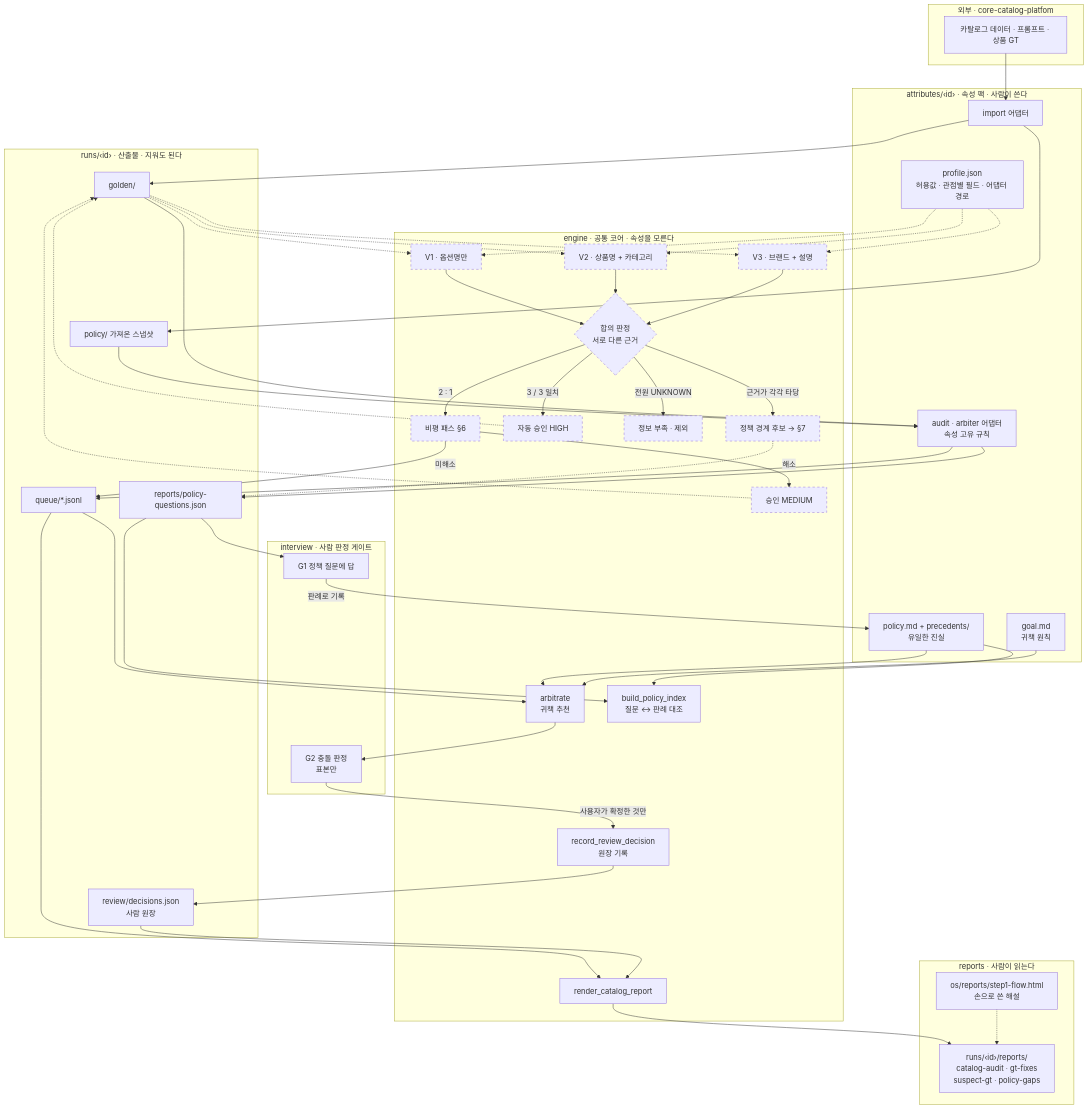
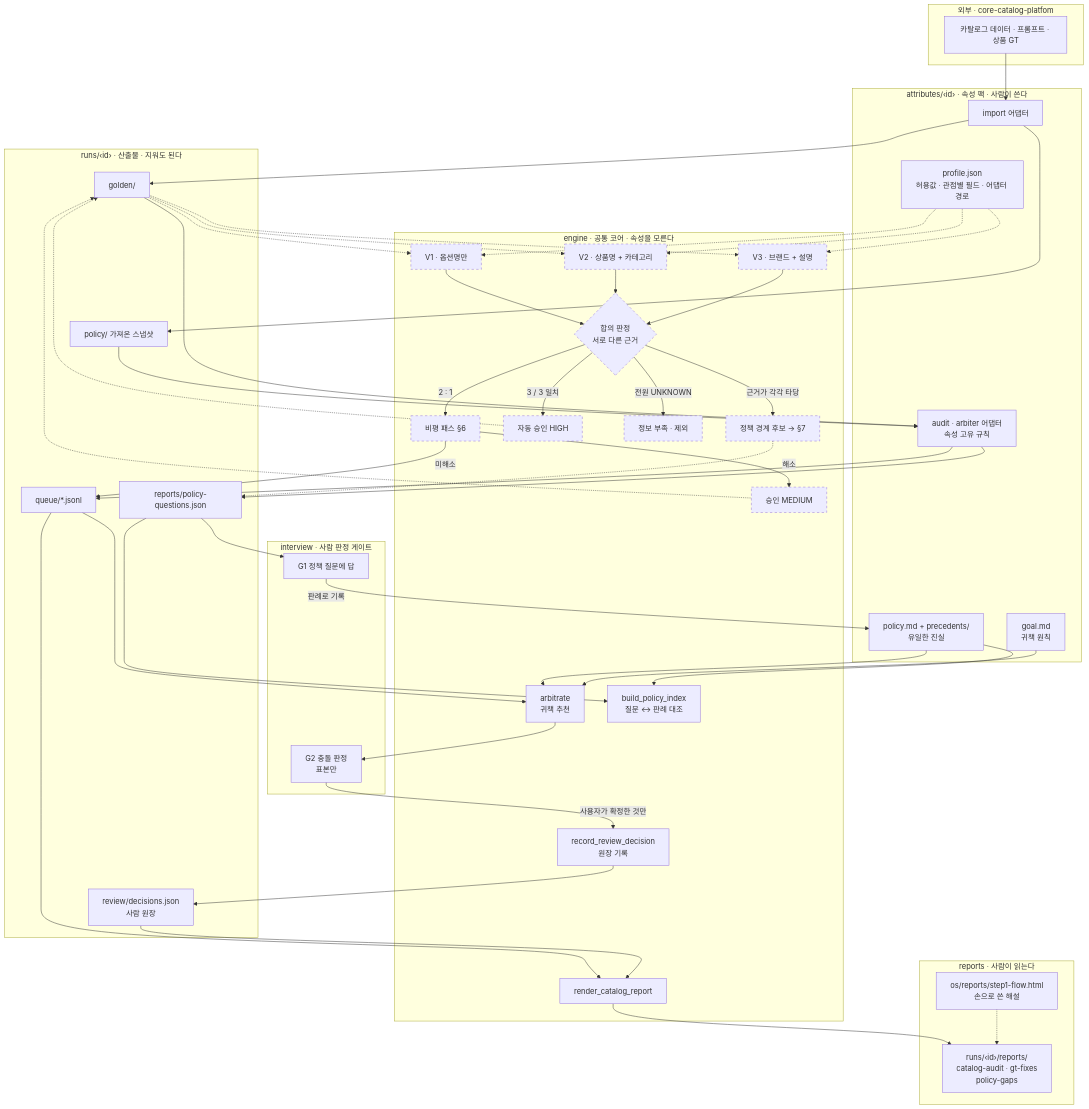
The second of 8 diagrams in .claude/os/DESIGN.md (mj950425/my-claude-code-os), drawn with Mermaid before and after one commit. The commit also changed other lines of this file and 87 other files, not shown here.

```diff
--- a/.claude/os/DESIGN.md
+++ b/.claude/os/DESIGN.md
@@ -162,7 +162,7 @@
     end
 
     subgraph REP["reports · 사람이 읽는다"]
-        HTML["runs/‹id›/reports/<br/>catalog-audit · gt-fixes<br/>suspect-gt · policy-gaps"]
+        HTML["runs/‹id›/reports/<br/>catalog-audit · gt-fixes<br/>policy-gaps"]
         FLOW["os/reports/step1-flow.html<br/>손으로 쓴 해설"]
     end
 
```
